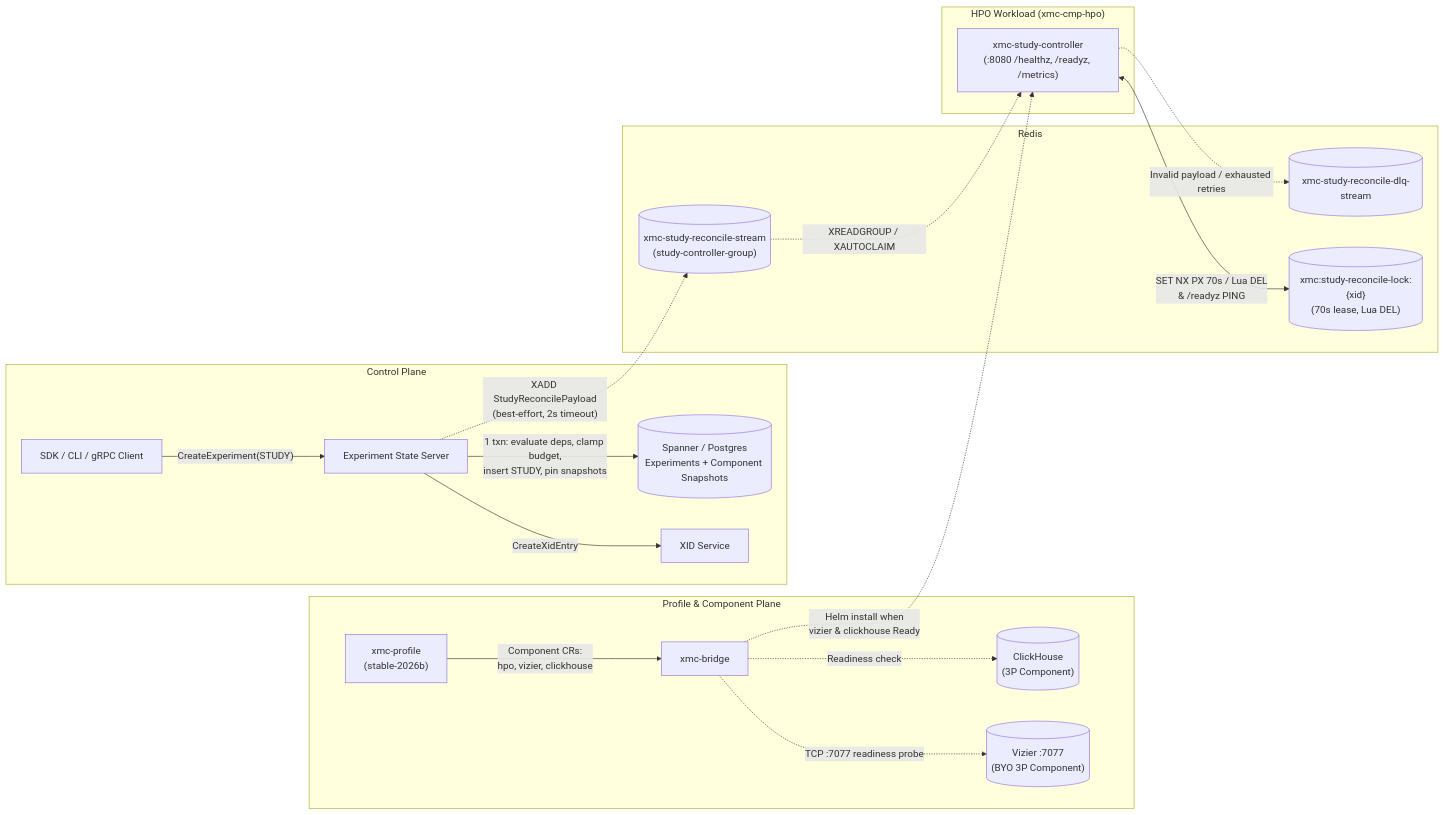
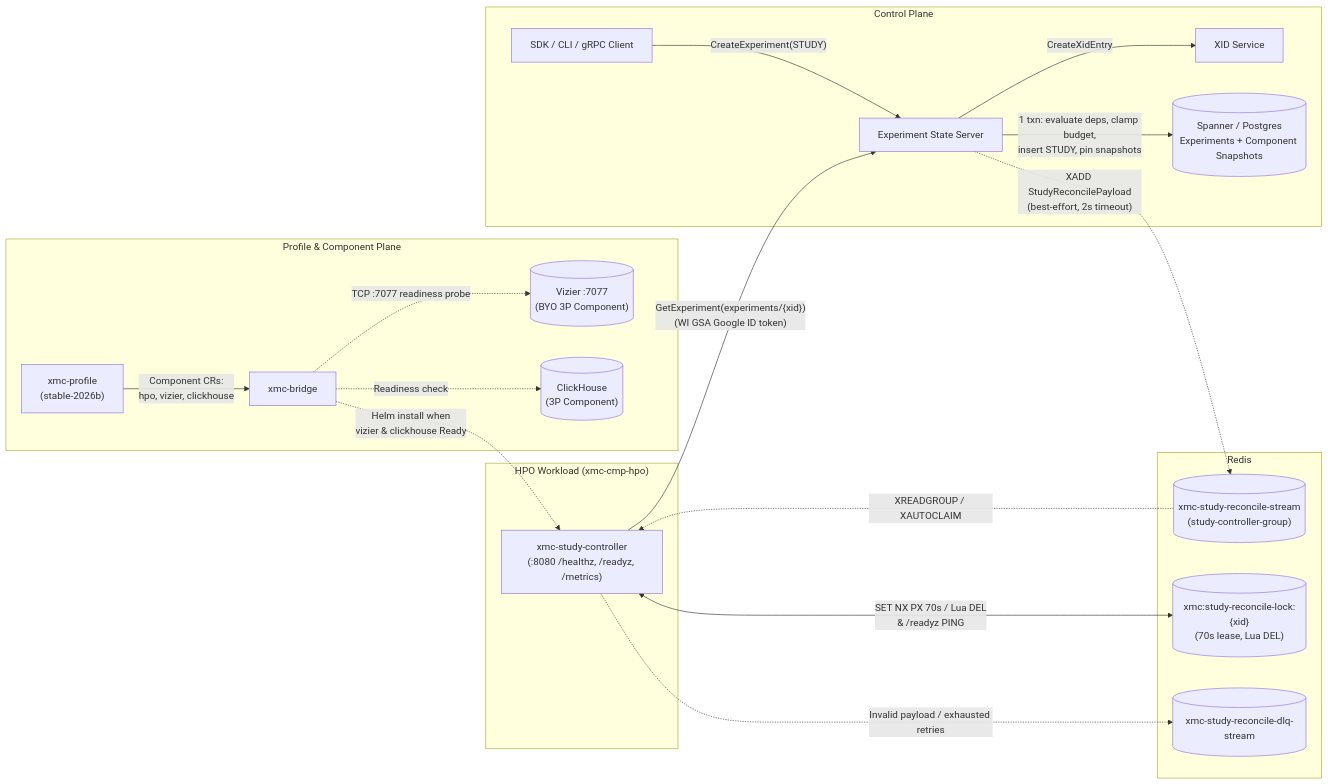
Before and after one commit to 0xABCD01/xmc: the first of 2 diagrams in docs/flows/study_lifecycle.md, drawn with Mermaid. The commit also changed other lines of this file and 18 other files, not shown here.

````diff
--- a/docs/flows/study_lifecycle.md
+++ b/docs/flows/study_lifecycle.md
@@ -27,40 +28,41 @@
 ```mermaid
 flowchart LR
     subgraph Admin["Profile & Component Plane"]
         Prof["xmc-profile<br/>(stable-2026b)"]
         Bridge["xmc-bridge"]
         Viz[("Vizier :7077<br/>(BYO 3P Component)")]
         CH[("ClickHouse<br/>(3P Component)")]
     end
 
     subgraph Control["Control Plane"]
         Client["SDK / CLI / gRPC Client"]
         ESS["Experiment State Server"]
         XID["XID Service"]
         DB[("Spanner / Postgres<br/>Experiments + Component Snapshots")]
     end
 
     subgraph Bus["Redis"]
         Stream[("xmc-study-reconcile-stream<br/>(study-controller-group)")]
         Lock[("xmc:study-reconcile-lock:{xid}<br/>(70s lease, Lua DEL)")]
         DLQ[("xmc-study-reconcile-dlq-stream")]
     end
 
     subgraph HPO["HPO Workload (xmc-cmp-hpo)"]
         SC["xmc-study-controller<br/>(:8080 /healthz, /readyz, /metrics)"]
     end
 
     Prof -->|"Component CRs:<br/>hpo, vizier, clickhouse"| Bridge
     Bridge -.->|"TCP :7077 readiness probe"| Viz
     Bridge -.->|"Readiness check"| CH
     Bridge -.->|"Helm install when<br/>vizier & clickhouse Ready"| SC
 
     Client -->|"CreateExperiment(STUDY)"| ESS
     ESS -->|"CreateXidEntry"| XID
     ESS -->|"1 txn: evaluate deps, clamp budget,<br/>insert STUDY, pin snapshots"| DB
     ESS -.->|"XADD StudyReconcilePayload<br/>(best-effort, 2s timeout)"| Stream
 
     Stream -.->|"XREADGROUP / XAUTOCLAIM"| SC
     SC <-->|"SET NX PX 70s / Lua DEL<br/>& /readyz PING"| Lock
+    SC -->|"GetExperiment(experiments/{xid})<br/>(WI GSA Google ID token)"| ESS
     SC -.->|"Invalid payload / exhausted retries"| DLQ
 ```
````
